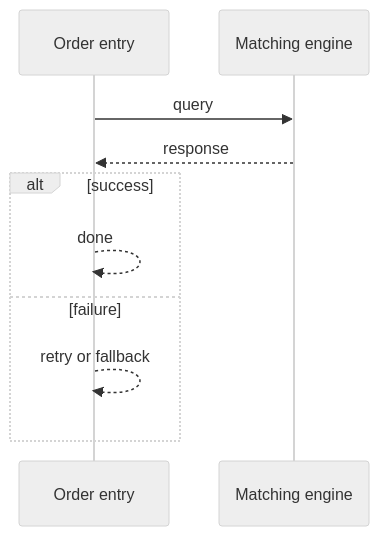
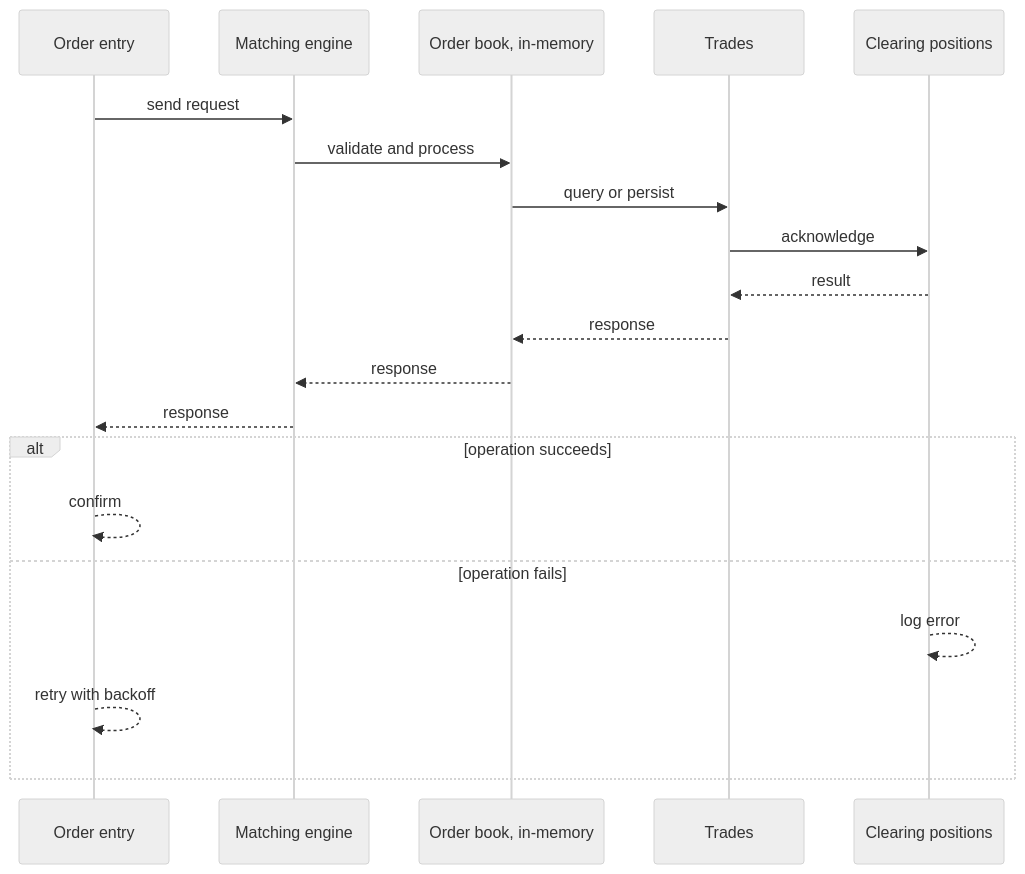
The second of 4 diagrams in case-studies/extreme/stock-trading.md (RIT-MESH/system-design-mastery), drawn with Mermaid (neutral theme) before and after one commit. The commit also changed other lines of this file and 64 other files, not shown here.

````diff
--- a/case-studies/extreme/stock-trading.md
+++ b/case-studies/extreme/stock-trading.md
@@ -79,13 +68,23 @@
 ```mermaid
 %% created-for: system-design-mastery
 sequenceDiagram
-  participant P0 as Order entry
-  participant P1 as Matching engine
-  P0 ->> P1: query
-  P1 -->> P0: response
-  alt success
-    P0 -->> P0: done
-  else failure
-    P0 -->> P0: retry or fallback
+  participant C0 as Order entry
+  participant C1 as Matching engine
+  participant C2 as Order book, in-memory
+  participant C3 as Trades
+  participant C4 as Clearing positions
+  C0 ->> C1: send request
+  C1 ->> C2: validate and process
+  C2 ->> C3: query or persist
+  C3 ->> C4: acknowledge
+  C4 -->> C3: result
+  C3 -->> C2: response
+  C2 -->> C1: response
+  C1 -->> C0: response
+  alt operation succeeds
+    C0 -->> C0: confirm
+  else operation fails
+    C4 -->> C4: log error
+    C0 -->> C0: retry with backoff
   end
 ```
````
